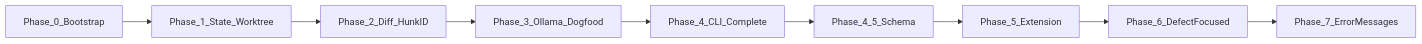
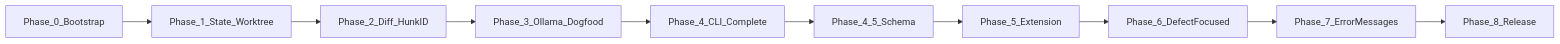
One commit to beettlle/stet changed the diagram in docs/implementation-plan.md. Above: the diagram before and after it, drawn with Mermaid. The commit also changed other lines of this file and 3 other files, not shown here.

````diff
--- a/docs/implementation-plan.md
+++ b/docs/implementation-plan.md
@@ -41,10 +43,11 @@
 ```mermaid
 flowchart LR
   P0[Phase_0_Bootstrap] --> P1[Phase_1_State_Worktree]
   P1 --> P2[Phase_2_Diff_HunkID]
   P2 --> P3[Phase_3_Ollama_Dogfood]
   P3 --> P4[Phase_4_CLI_Complete]
   P4 --> P4_5[Phase_4_5_Schema] --> P5[Phase_5_Extension]
   P5 --> P6[Phase_6_DefectFocused]
   P6 --> P7[Phase_7_ErrorMessages]
+  P7 --> P8[Phase_8_Release]
 ```
````
